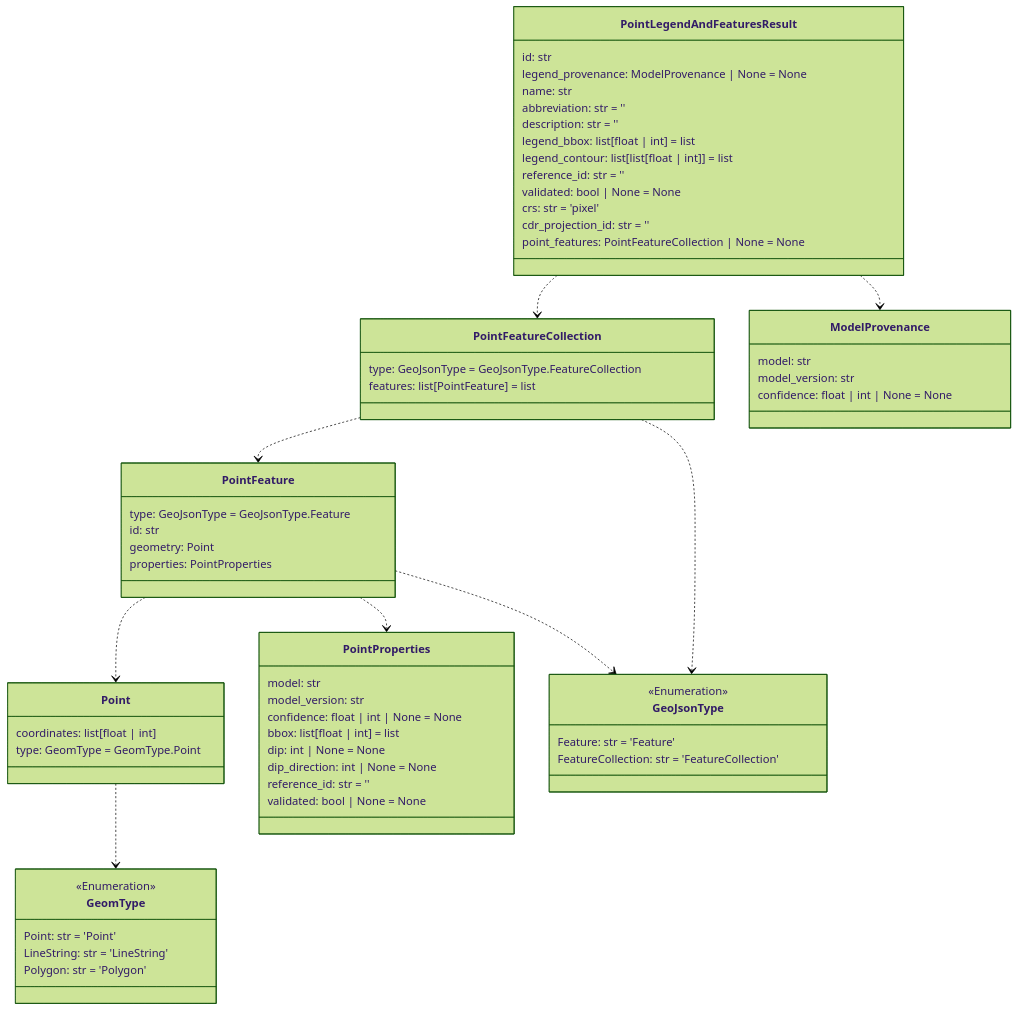
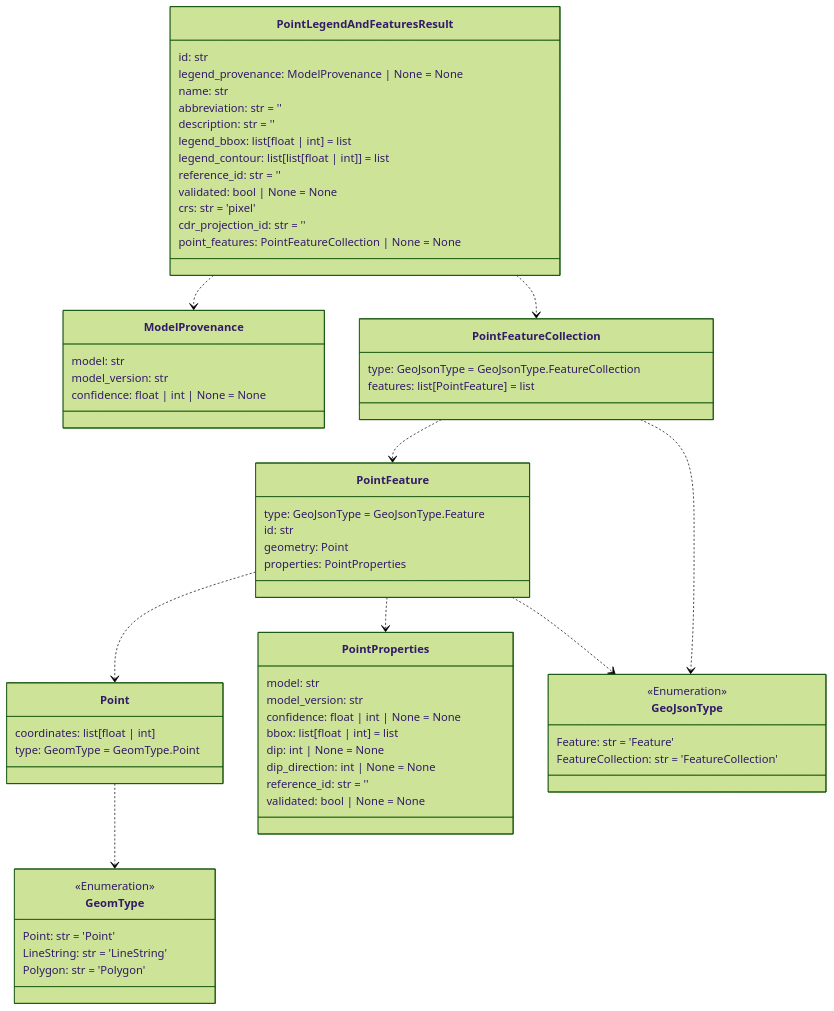
The fifth of 14 diagrams in README.md (DARPA-CRITICALMAAS/cdr_schemas), drawn with Mermaid (forest theme) before and after one commit. The commit also changed other lines of this file and 1 other file, not shown here.

````diff
--- a/README.md
+++ b/README.md
@@ -368,76 +368,76 @@
 ```mermaid
 classDiagram
 
-    class PointProperties {
-        model: str
-        model_version: str
-        confidence: float | int | None = None
-        bbox: list[float | int] = list
-        dip: int | None = None
-        dip_direction: int | None = None
-        reference_id: str = ''
-        validated: bool | None = None
+    class PointFeatureCollection {
+        type: GeoJsonType = GeoJsonType.FeatureCollection
+        features: list[PointFeature] = list
     }
 
     class GeomType {
         <<Enumeration>>
         Point: str = 'Point'
         LineString: str = 'LineString'
         Polygon: str = 'Polygon'
+    }
+
+    class GeoJsonType {
+        <<Enumeration>>
+        Feature: str = 'Feature'
+        FeatureCollection: str = 'FeatureCollection'
+    }
+
+    class Point {
+        coordinates: list[float | int]
+        type: GeomType = GeomType.Point
     }
 
     class ModelProvenance {
         model: str
         model_version: str
         confidence: float | int | None = None
     }
 
     class PointFeature {
         type: GeoJsonType = GeoJsonType.Feature
         id: str
         geometry: Point
         properties: PointProperties
+    }
+
+    class PointProperties {
+        model: str
+        model_version: str
+        confidence: float | int | None = None
+        bbox: list[float | int] = list
+        dip: int | None = None
+        dip_direction: int | None = None
+        reference_id: str = ''
+        validated: bool | None = None
     }
 
     class PointLegendAndFeaturesResult {
         id: str
         legend_provenance: ModelProvenance | None = None
         name: str
         abbreviation: str = ''
         description: str = ''
         legend_bbox: list[float | int] = list
         legend_contour: list[list[float | int]] = list
         reference_id: str = ''
         validated: bool | None = None
         crs: str = 'pixel'
         cdr_projection_id: str = ''
         point_features: PointFeatureCollection | None = None
     }
 
-    class PointFeatureCollection {
-        type: GeoJsonType = GeoJsonType.FeatureCollection
-        features: list[PointFeature] = list
-    }
-
-    class GeoJsonType {
-        <<Enumeration>>
-        Feature: str = 'Feature'
-        FeatureCollection: str = 'FeatureCollection'
-    }
-
-    class Point {
-        coordinates: list[float | int]
-        type: GeomType = GeomType.Point
-    }
-
     Point ..> GeomType
     PointFeature ..> Point
     PointFeature ..> PointProperties
     PointFeature ..> GeoJsonType
     PointFeatureCollection ..> PointFeature
     PointFeatureCollection ..> GeoJsonType
+    PointLegendAndFeaturesResult ..> ModelProvenance
     PointLegendAndFeaturesResult ..> PointFeatureCollection
-    PointLegendAndFeaturesResult ..> ModelProvenance
 
 
 ```
````
